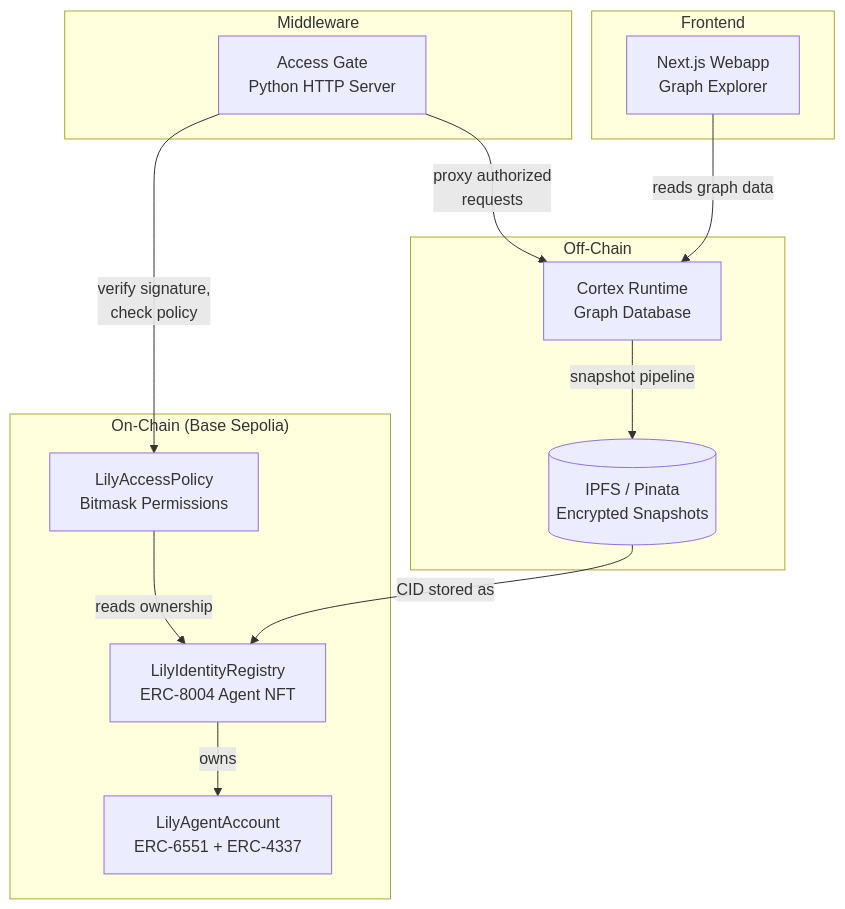
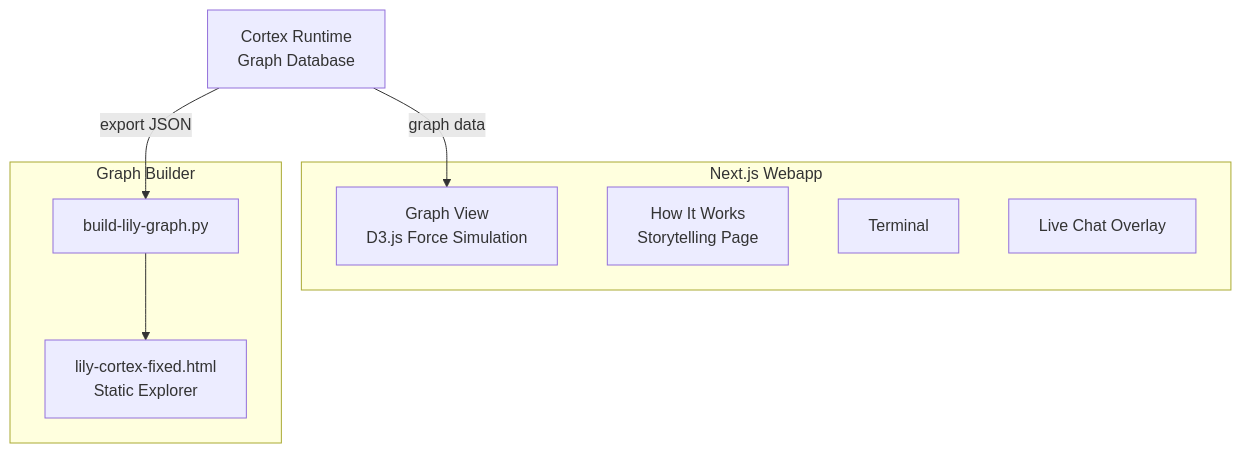
One commit to MikeSquared-Agency/thecede changed the first of 2 diagrams in README.md. Above: the diagram before and after it, drawn with Mermaid. The commit also changed other lines of this file and 16 other files, not shown here.

First line of the commit message:
refactor: move on-chain identity stack to branch, update README

````diff
--- a/README.md
+++ b/README.md
@@ -29,29 +26,18 @@
 ```mermaid
 graph TB
-    subgraph Frontend
-        WA[Next.js Webapp<br/>Graph Explorer]
+    subgraph Frontend["Next.js Webapp"]
+        GV[Graph View<br/>D3.js Force Simulation]
+        HIW[How It Works<br/>Storytelling Page]
+        TM[Terminal]
+        LC[Live Chat Overlay]
     end
 
-    subgraph On-Chain["On-Chain (Base Sepolia)"]
-        REG[LilyIdentityRegistry<br/>ERC-8004 Agent NFT]
-        POL[LilyAccessPolicy<br/>Bitmask Permissions]
-        TBA[LilyAgentAccount<br/>ERC-6551 + ERC-4337]
+    subgraph Build["Graph Builder"]
+        BP[build-lily-graph.py]
+        HTML[lily-cortex-fixed.html<br/>Static Explorer]
     end
 
-    subgraph Middleware
-        AG[Access Gate<br/>Python HTTP Server]
-    end
-
-    subgraph Off-Chain
-        CX[Cortex Runtime<br/>Graph Database]
-        IPFS[(IPFS / Pinata<br/>Encrypted Snapshots)]
-    end
-
-    WA -->|reads graph data| CX
-    AG -->|verify signature,<br/>check policy| POL
-    AG -->|proxy authorized<br/>requests| CX
-    REG -->|owns| TBA
-    POL -->|reads ownership| REG
-    CX -->|snapshot pipeline| IPFS
-    IPFS -->|CID stored as| REG
+    CX[Cortex Runtime<br/>Graph Database] -->|export JSON| BP
+    BP --> HTML
+    CX -->|graph data| GV
 ```
````
